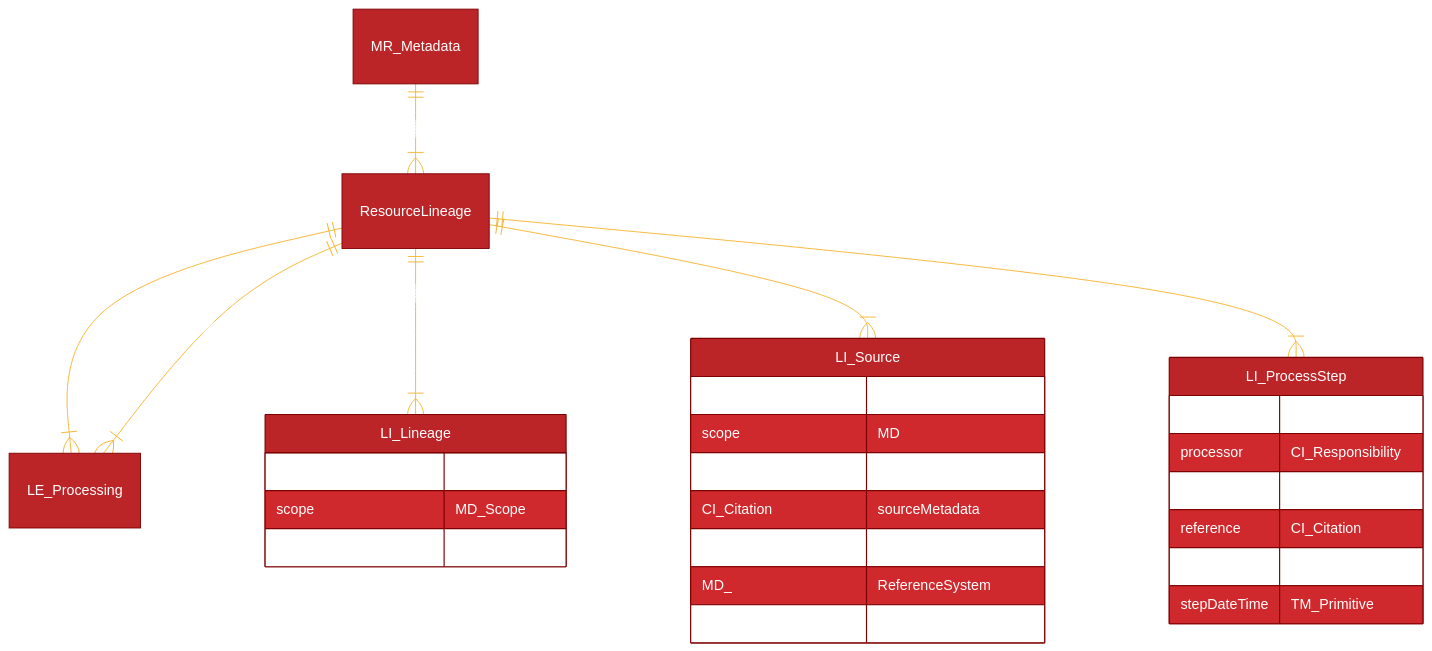
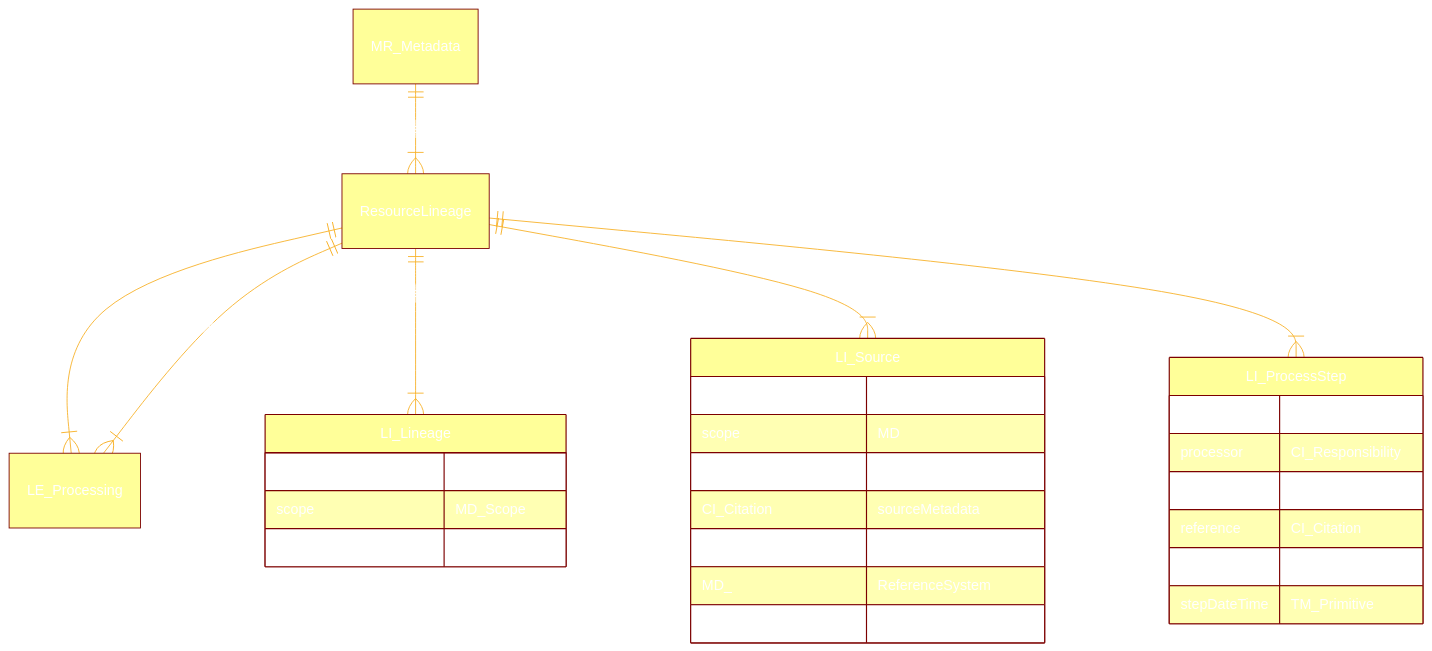
The diagram in docs/source/references/iso/mrl/LI_Lineage.mmd (fgdcgov/sdi), drawn with Mermaid before and after one commit.

Commit message:
Update LI_Lineage.mmd - custom themes

```diff
--- a/docs/source/references/iso/mrl/LI_Lineage.mmd
+++ b/docs/source/references/iso/mrl/LI_Lineage.mmd
@@ -1,55 +1,55 @@
 %%{
   init: {
     'theme': 'base',
     'themeVariables': {
-      'primaryColor': '#BB2528',
+      'primaryColor': '#FFFF99',
       'primaryTextColor': '#fff',
       'primaryBorderColor': '#7C0000',
       'lineColor': '#F8B229',
       'secondaryColor': '#006100',
       'tertiaryColor': '#fff',
       'textColor': '#000'
     }
   }
 }%%
 erDiagram
 %% use this link to find the standard 
 %%https//schemas.isotc211.org/19115/-3/mrl/2.0/
 %% https//schemas.isotc211.org/19115/-3/mrl/2.0/mrl/#element_LE_Algorithm
 
 %% Identify the first level hierarchy
 MR_Metadata
 MR_Metadata ||--|{ResourceLineage : "has"
 
 %% Identify the second level hierarchy
 
 ResourceLineage
 
     ResourceLineage ||--|{LE_Processing : "has"
     ResourceLineage ||--|{LI_Lineage : "has"
     ResourceLineage ||--|{LI_Source : "has"
     ResourceLineage ||--|{LI_ProcessStep : "has"
     ResourceLineage ||--|{LE_Processing : "has"
     
     LE_Processing
     LI_ProcessStep {
         description CharacterString(m)
         processor  CI_Responsibility
         rationale CharacterString
         reference CI_Citation
         scope MD_Scope
         stepDateTime TM_Primitive
     }
     LI_Source {
         description CharacterString 
         scope MD Scope
         sourceCitation CI_Citation
         sourceMetadata CI_Citation
         sourceReferenceSystem MD_ ReferenceSystem
         sourceSpatialResolution MD_Resolution
     }
     LI_Lineage {
         additionalDocumentation CI_Citation
         scope MD_Scope 
         statement CharacterString 
     }
```
